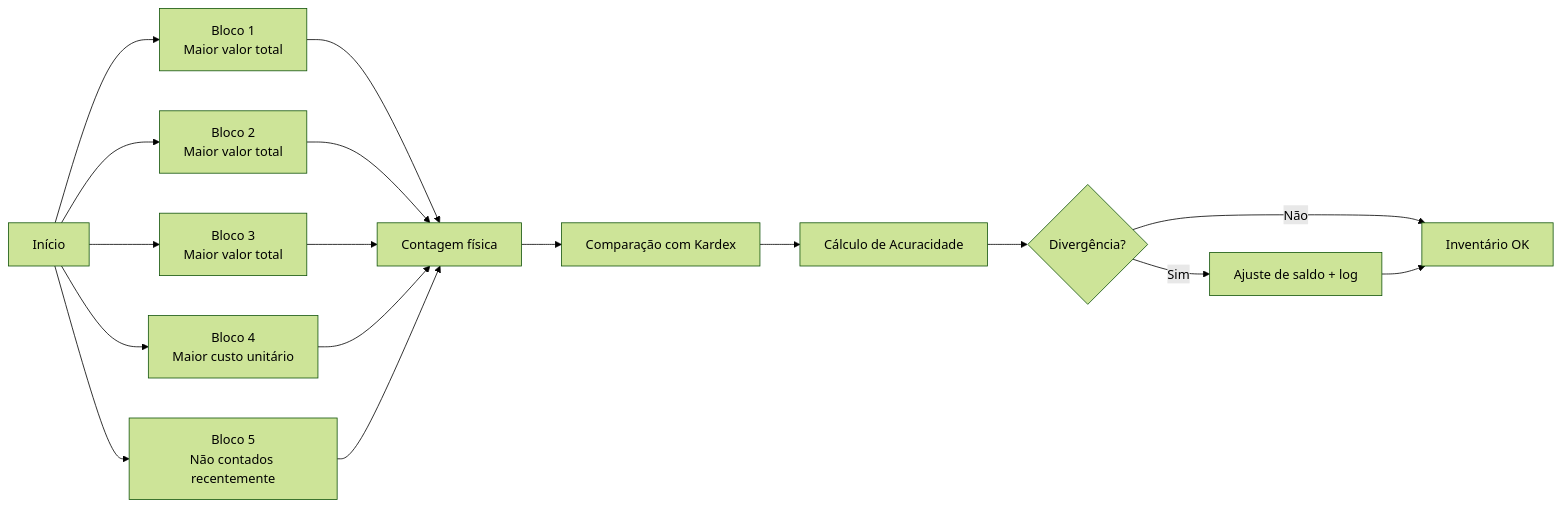
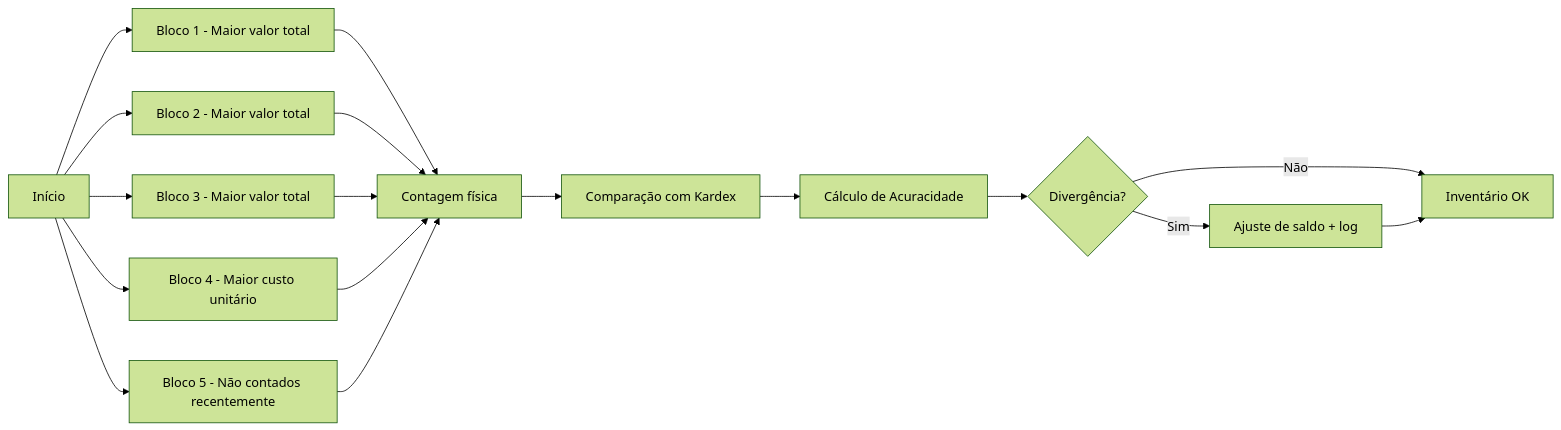
One commit to RodrigoF-Lara/sgc-sistema-gestao-customic changed the second of 2 diagrams in modules/embalagem/README.md. Above: the diagram before and after it, drawn with Mermaid (forest theme). The commit also changed other lines of this file and 3 other files, not shown here.

````diff
--- a/modules/embalagem/README.md
+++ b/modules/embalagem/README.md
@@ -135,21 +115,19 @@
 ```mermaid
 flowchart LR
-    Start[Início] --> B1[Bloco 1<br/>Maior valor total]
-    Start --> B2[Bloco 2<br/>Maior valor total]
-    Start --> B3[Bloco 3<br/>Maior valor total]
-    Start --> B4[Bloco 4<br/>Maior custo unitário]
-    Start --> B5[Bloco 5<br/>Não contados recentemente]
-
+    Start[Início] --> B1[Bloco 1 - Maior valor total]
+    Start --> B2[Bloco 2 - Maior valor total]
+    Start --> B3[Bloco 3 - Maior valor total]
+    Start --> B4[Bloco 4 - Maior custo unitário]
+    Start --> B5[Bloco 5 - Não contados recentemente]
     B1 --> Cont[Contagem física]
     B2 --> Cont
     B3 --> Cont
     B4 --> Cont
     B5 --> Cont
-
     Cont --> Comp[Comparação com Kardex]
     Comp --> Acu[Cálculo de Acuracidade]
     Acu --> Ajuste{Divergência?}
     Ajuste -->|Sim| AjusteSaldo[Ajuste de saldo + log]
     Ajuste -->|Não| Fim[Inventário OK]
     AjusteSaldo --> Fim
 ```
````
